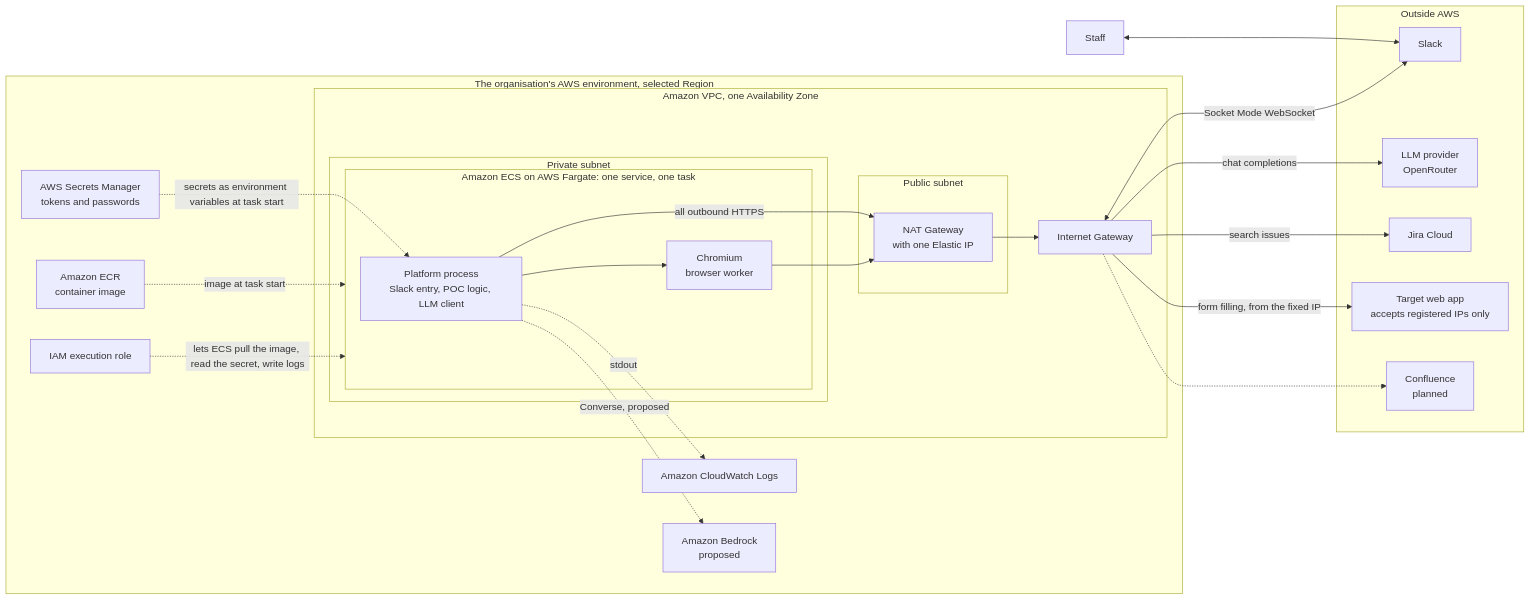
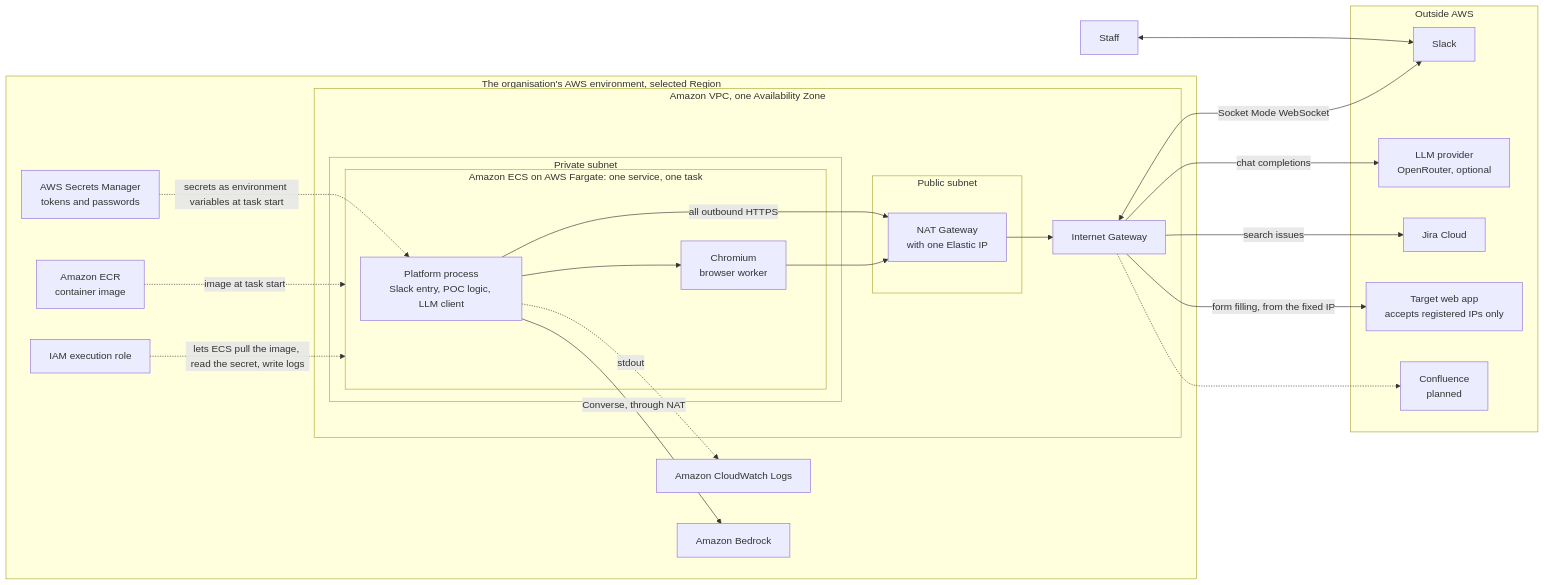
The first of 6 diagrams in docs/02-platform-architecture.md (phuc-nt/slack-web-automation-poc), drawn with Mermaid before and after one commit. The commit also changed other lines of this file and 30 other files, not shown here.

First line of the commit message:
Add Bedrock provider, AWS templates, and cost and prerequisites docs

````diff
--- a/docs/02-platform-architecture.md
+++ b/docs/02-platform-architecture.md
@@ -30,49 +30,49 @@
 ```mermaid
 flowchart LR
     U[Staff]
 
     subgraph EXT[Outside AWS]
         SL[Slack]
-        OR[LLM provider<br/>OpenRouter]
+        OR[LLM provider<br/>OpenRouter, optional]
         JI[Jira Cloud]
         WA[Target web app<br/>accepts registered IPs only]
         CF[Confluence<br/>planned]
     end
 
     subgraph AWS[The organisation's AWS environment, selected Region]
         ECR[Amazon ECR<br/>container image]
         SM[AWS Secrets Manager<br/>tokens and passwords]
         IAM[IAM execution role]
         CW[Amazon CloudWatch Logs]
-        BR[Amazon Bedrock<br/>proposed]
+        BR[Amazon Bedrock]
         subgraph VPC[Amazon VPC, one Availability Zone]
             subgraph PRI[Private subnet]
                 subgraph ECS[Amazon ECS on AWS Fargate: one service, one task]
                     APP[Platform process<br/>Slack entry, POC logic, LLM client]
                     BW[Chromium<br/>browser worker]
                 end
             end
             subgraph PUB[Public subnet]
                 NAT[NAT Gateway<br/>with one Elastic IP]
             end
             IGW[Internet Gateway]
         end
     end
 
     U <--> SL
     APP --> BW
     APP -->|all outbound HTTPS| NAT
     BW --> NAT
     NAT --> IGW
     IGW <-->|Socket Mode WebSocket| SL
     IGW -->|chat completions| OR
     IGW -->|search issues| JI
     IGW -->|form filling, from the fixed IP| WA
     IGW -.-> CF
 
     ECR -.->|image at task start| ECS
     SM -.->|secrets as environment variables at task start| APP
     IAM -.->|lets ECS pull the image, read the secret, write logs| ECS
     APP -.->|stdout| CW
-    APP -.->|Converse, proposed| BR
+    APP -->|Converse, through NAT| BR
 ```
````
